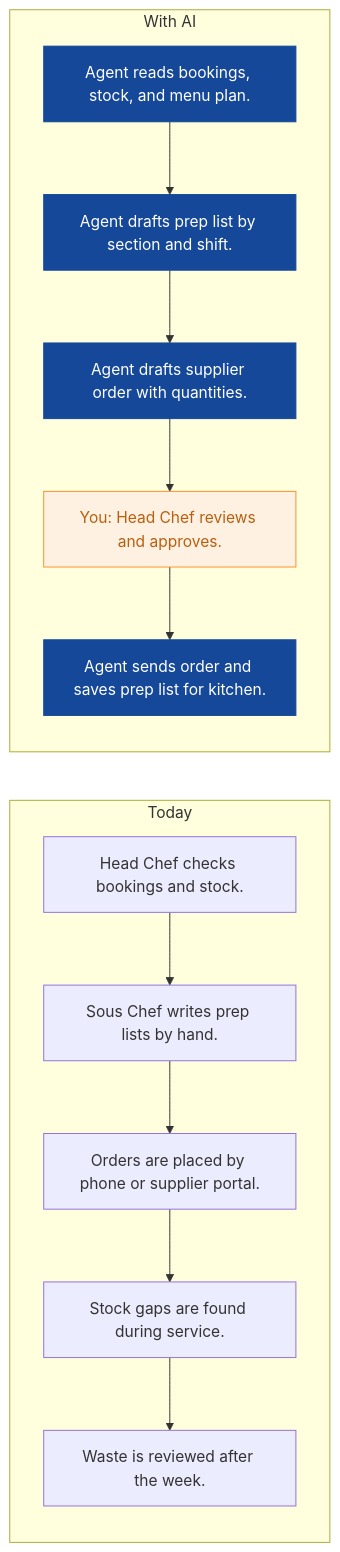
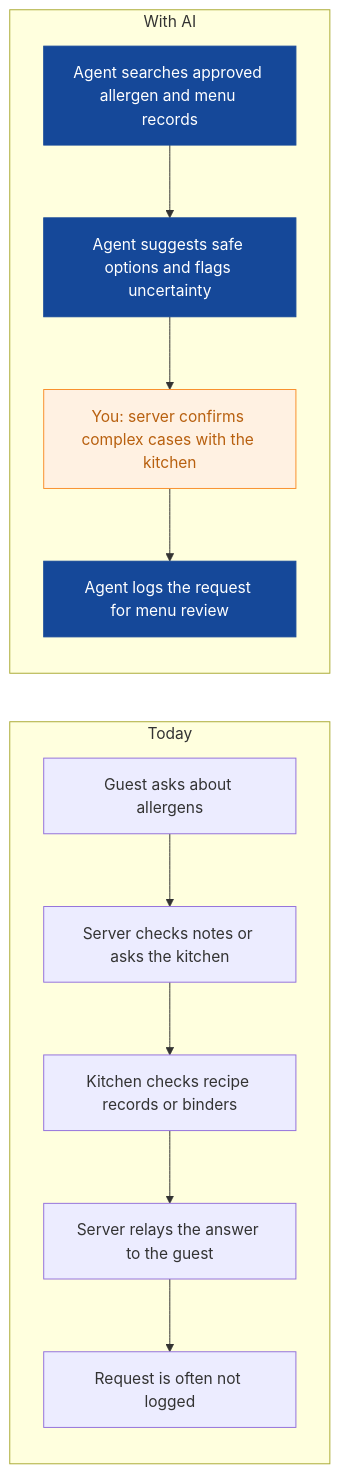
Before and after one commit to nexibeo/Complete-AI-Strategy: the fifth of 8 diagrams in strategies/saffron-table-group.md, drawn with Mermaid. The commit also changed other lines of this file and 26 other files, not shown here.

````diff
--- a/strategies/saffron-table-group.md
+++ b/strategies/saffron-table-group.md
@@ -194,23 +165,22 @@
 ```mermaid
 flowchart LR
   subgraph Today
-    B0["Head Chef checks bookings and stock."]
-    B1["Sous Chef writes prep lists by hand."]
-    B2["Orders are placed by phone or supplier portal."]
-    B3["Stock gaps are found during service."]
-    B4["Waste is reviewed after the week."]
+    B0["Guest asks about allergens"]
+    B1["Server checks notes or asks the kitchen"]
+    B2["Kitchen checks recipe records or binders"]
+    B3["Server relays the answer to the guest"]
+    B4["Request is often not logged"]
     B0 --> B1 --> B2 --> B3 --> B4
   end
   subgraph WithAI[With AI]
-    A0["Agent reads bookings, stock, and menu plan."]
-    A1["Agent drafts prep list by section and shift."]
-    A2["Agent drafts supplier order with quantities."]
-    A3["You: Head Chef reviews and approves."]
-    A4["Agent sends order and saves prep list for kitchen."]
-    A0 --> A1 --> A2 --> A3 --> A4
+    A0["Agent searches approved allergen and menu records"]
+    A1["Agent suggests safe options and flags uncertainty"]
+    A2["You: server confirms complex cases with the kitchen"]
+    A3["Agent logs the request for menu review"]
+    A0 --> A1 --> A2 --> A3
   end
   classDef ai fill:#154899,color:#fff,stroke:#154899
   classDef human fill:#FFF1E2,color:#B8600F,stroke:#F98F2C
-  class A0,A1,A2,A4 ai
-  class A3 human
+  class A0,A1,A3 ai
+  class A2 human
 ```
````
